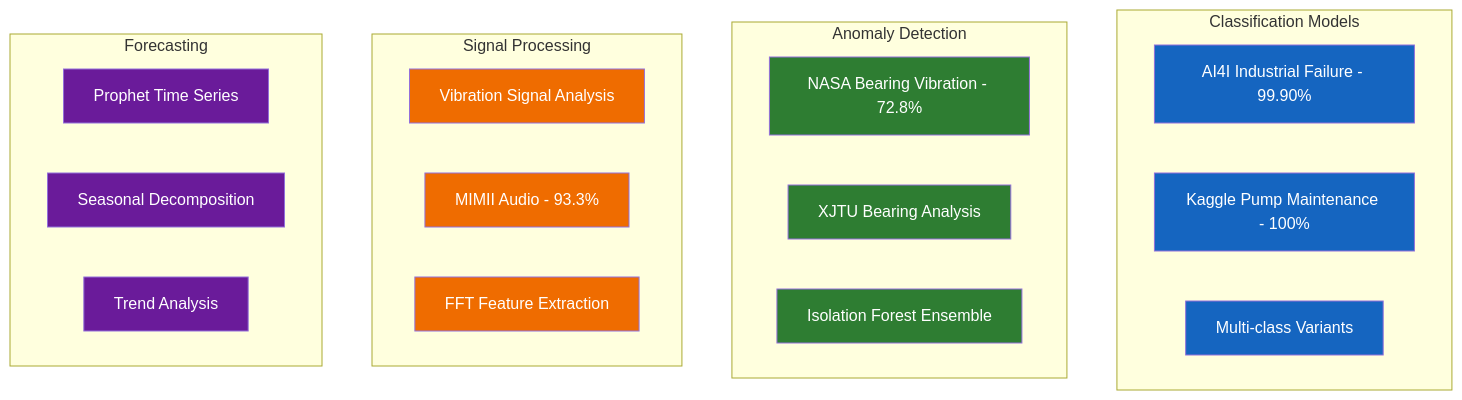
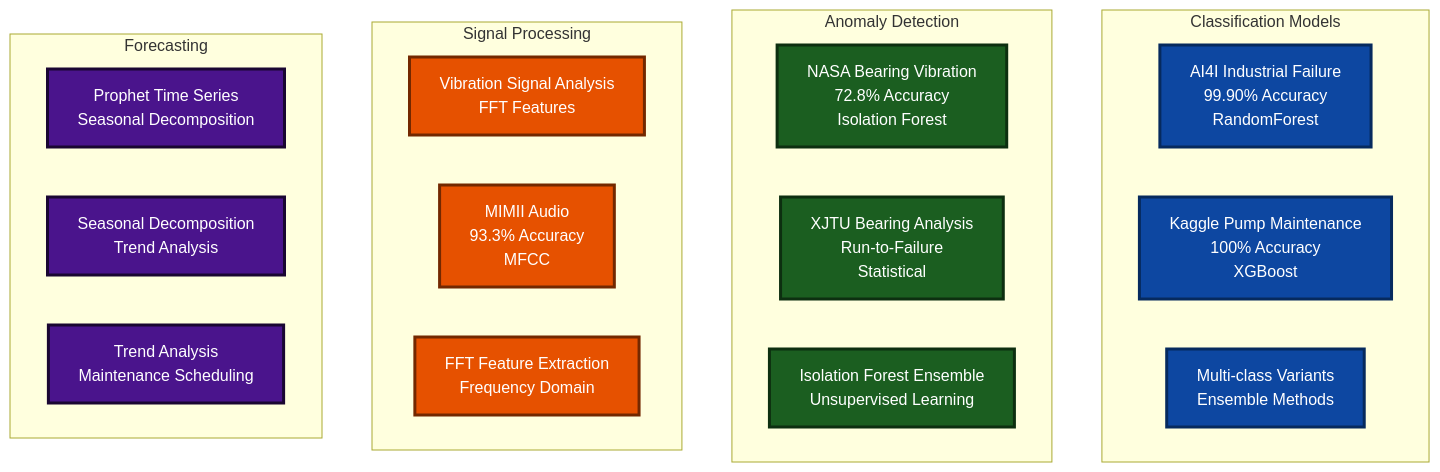
Diagram 16 of 25 in smart-maintenance-saas/docs/SYSTEM_AND_ARCHITECTURE.md (YanCotta/enterprise_challenge_sprint_1_hermes_reply), drawn with Mermaid before and after one commit. The commit also changed other lines of this file, not shown here.

Commit message:
Add comprehensive system diagrams with darker colors for better visibility

````diff
--- a/smart-maintenance-saas/docs/SYSTEM_AND_ARCHITECTURE.md
+++ b/smart-maintenance-saas/docs/SYSTEM_AND_ARCHITECTURE.md
@@ -429,36 +1038,36 @@
 ```mermaid
 graph TD
     subgraph "Classification Models"
-        AI4I[AI4I Industrial Failure - 99.90%]
-        PUMP[Kaggle Pump Maintenance - 100%]
-        MULTI[Multi-class Variants]
+        AI4I[AI4I Industrial Failure<br/>99.90% Accuracy<br/>RandomForest]
+        PUMP[Kaggle Pump Maintenance<br/>100% Accuracy<br/>XGBoost]
+        MULTI[Multi-class Variants<br/>Ensemble Methods]
     end
 
     subgraph "Anomaly Detection"
-        NASA[NASA Bearing Vibration - 72.8%]
-        XJTU[XJTU Bearing Analysis]
-        ISOLATION[Isolation Forest Ensemble]
+        NASA[NASA Bearing Vibration<br/>72.8% Accuracy<br/>Isolation Forest]
+        XJTU[XJTU Bearing Analysis<br/>Run-to-Failure<br/>Statistical]
+        ISOLATION[Isolation Forest Ensemble<br/>Unsupervised Learning]
     end
 
     subgraph "Signal Processing"
-        VIBRATION[Vibration Signal Analysis]
-        AUDIO[MIMII Audio - 93.3%]
-        FFT[FFT Feature Extraction]
+        VIBRATION[Vibration Signal Analysis<br/>FFT Features]
+        AUDIO[MIMII Audio<br/>93.3% Accuracy<br/>MFCC]
+        FFT[FFT Feature Extraction<br/>Frequency Domain]
     end
 
     subgraph "Forecasting"
-        PROPHET[Prophet Time Series]
-        SEASONAL[Seasonal Decomposition]
-        TREND[Trend Analysis]
+        PROPHET[Prophet Time Series<br/>Seasonal Decomposition]
+        SEASONAL[Seasonal Decomposition<br/>Trend Analysis]
+        TREND[Trend Analysis<br/>Maintenance Scheduling]
     end
 
-    classDef classification fill:#1565C0,color:#ffffff
-    classDef anomaly fill:#2E7D32,color:#ffffff
-    classDef signal fill:#EF6C00,color:#ffffff
-    classDef forecast fill:#6A1B9A,color:#ffffff
+    classDef classification fill:#0D47A1,color:#ffffff,stroke:#062a5e,stroke-width:3px
+    classDef anomaly fill:#1B5E20,color:#ffffff,stroke:#0d2f10,stroke-width:3px
+    classDef signal fill:#E65100,color:#ffffff,stroke:#732800,stroke-width:3px
+    classDef forecast fill:#4A148C,color:#ffffff,stroke:#1a0632,stroke-width:3px
 
     class AI4I,PUMP,MULTI classification
     class NASA,XJTU,ISOLATION anomaly
     class VIBRATION,AUDIO,FFT signal
     class PROPHET,SEASONAL,TREND forecast
 ```
````
